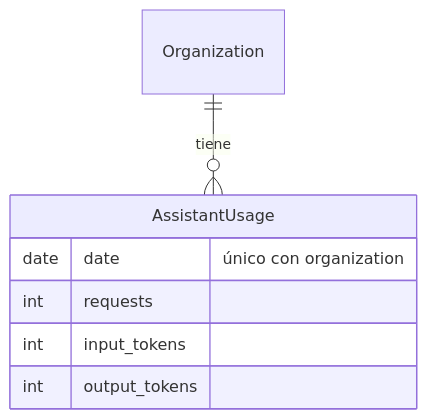
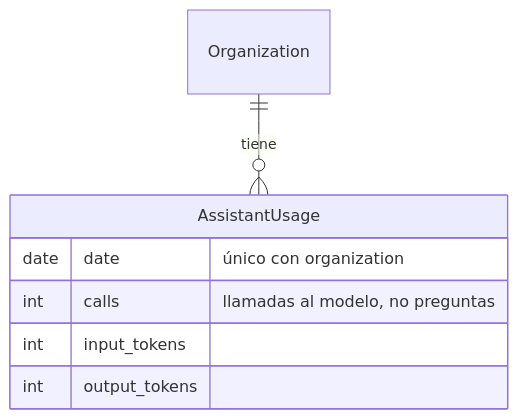
Before and after one commit to carborgar/agrogest: the third of 5 diagrams in assistant/README.md, drawn with Mermaid. The commit also changed other lines of this file, not shown here.

````diff
--- a/assistant/README.md
+++ b/assistant/README.md
@@ -99,10 +100,10 @@
 ```mermaid
 erDiagram
     Organization ||--o{ AssistantUsage : tiene
     AssistantUsage {
         date date "único con organization"
-        int requests
+        int calls "llamadas al modelo, no preguntas"
         int input_tokens
         int output_tokens
     }
 ```
````
